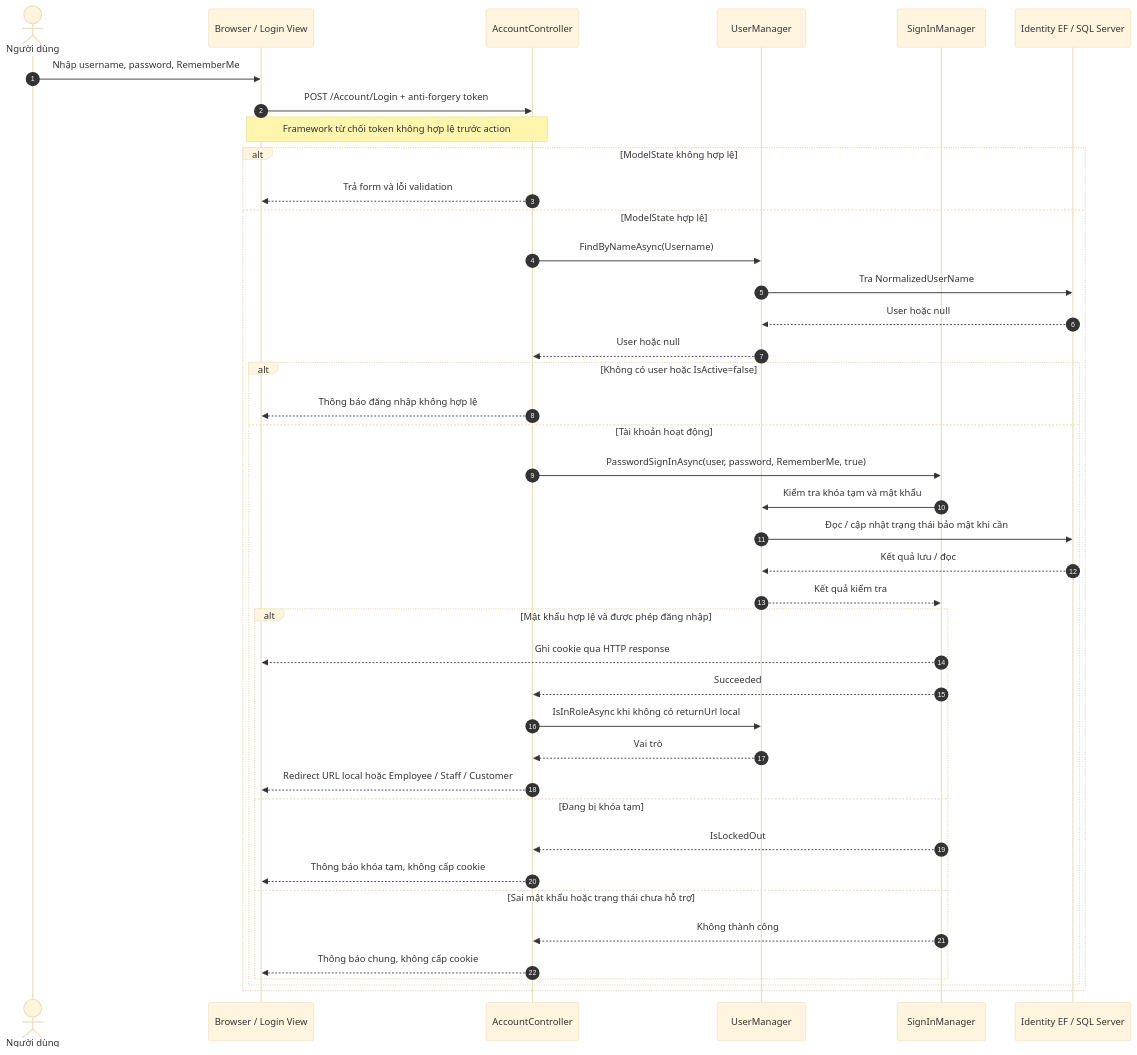
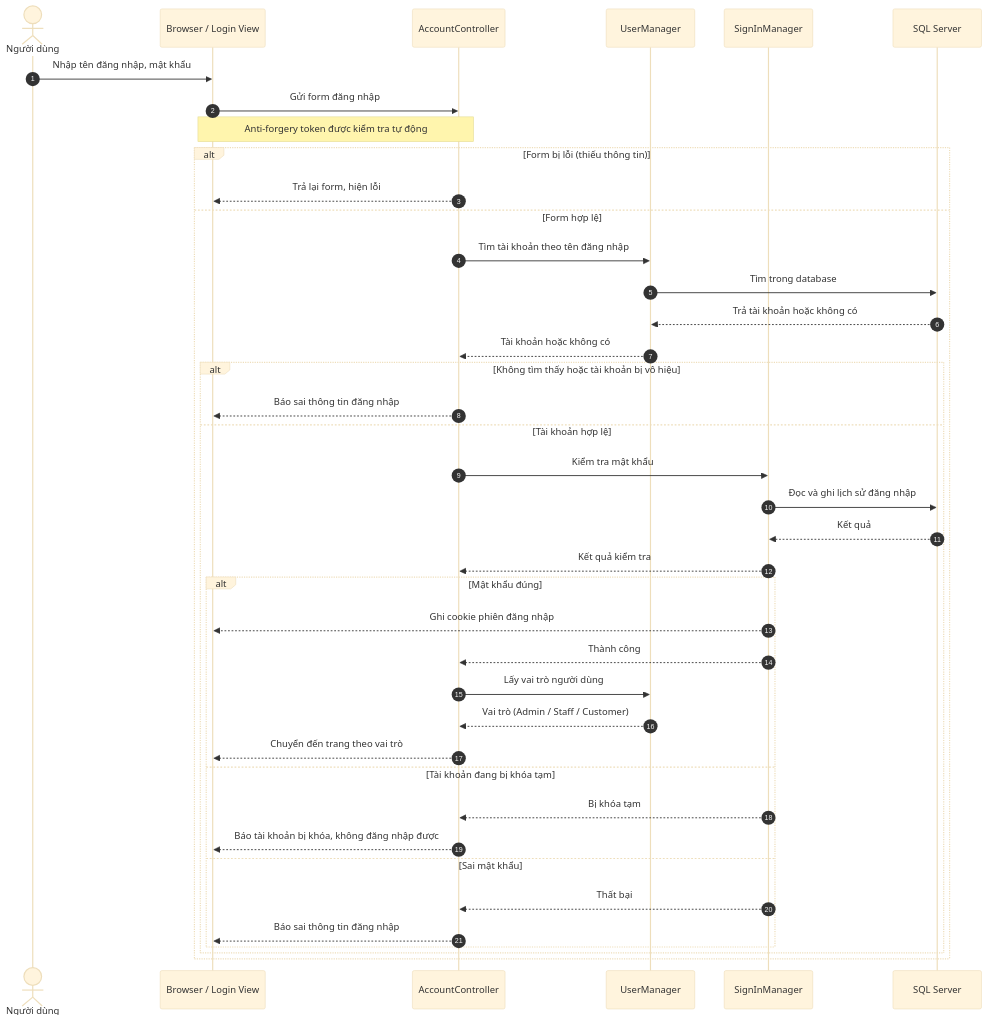
Before and after one commit to HE176671/billiard-management-system: the diagram in docs/sds-hung/05-login.mmd, drawn with Mermaid (base theme). The commit also changed 2 other files, not shown here.

Commit message:
docs: simplify sequence diagram labels for readability

```diff
--- a/docs/sds-hung/05-login.mmd
+++ b/docs/sds-hung/05-login.mmd
@@ -1,41 +1,44 @@
 sequenceDiagram
     autonumber
     actor U as Người dùng
     participant B as Browser / Login View
     participant C as AccountController
     participant UM as UserManager
     participant SM as SignInManager
-    participant DB as Identity EF / SQL Server
-    U->>B: Nhập username, password, RememberMe
-    B->>C: POST /Account/Login + anti-forgery token
-    Note over B,C: Framework từ chối token không hợp lệ trước action
-    alt ModelState không hợp lệ
-        C-->>B: Trả form và lỗi validation
-    else ModelState hợp lệ
-        C->>UM: FindByNameAsync(Username)
-        UM->>DB: Tra NormalizedUserName
-        DB-->>UM: User hoặc null
-        UM-->>C: User hoặc null
-        alt Không có user hoặc IsActive=false
-            C-->>B: Thông báo đăng nhập không hợp lệ
-        else Tài khoản hoạt động
-            C->>SM: PasswordSignInAsync(user, password, RememberMe, true)
-            SM->>UM: Kiểm tra khóa tạm và mật khẩu
-            UM->>DB: Đọc / cập nhật trạng thái bảo mật khi cần
-            DB-->>UM: Kết quả lưu / đọc
-            UM-->>SM: Kết quả kiểm tra
-            alt Mật khẩu hợp lệ và được phép đăng nhập
-                SM-->>B: Ghi cookie qua HTTP response
-                SM-->>C: Succeeded
-                C->>UM: IsInRoleAsync khi không có returnUrl local
-                UM-->>C: Vai trò
-                C-->>B: Redirect URL local hoặc Employee / Staff / Customer
-            else Đang bị khóa tạm
-                SM-->>C: IsLockedOut
-                C-->>B: Thông báo khóa tạm, không cấp cookie
-            else Sai mật khẩu hoặc trạng thái chưa hỗ trợ
-                SM-->>C: Không thành công
-                C-->>B: Thông báo chung, không cấp cookie
+    participant DB as SQL Server
+
+    U->>B: Nhập tên đăng nhập, mật khẩu
+    B->>C: Gửi form đăng nhập
+    Note over B,C: Anti-forgery token được kiểm tra tự động
+
+    alt Form bị lỗi (thiếu thông tin)
+        C-->>B: Trả lại form, hiện lỗi
+    else Form hợp lệ
+        C->>UM: Tìm tài khoản theo tên đăng nhập
+        UM->>DB: Tìm trong database
+        DB-->>UM: Trả tài khoản hoặc không có
+        UM-->>C: Tài khoản hoặc không có
+
+        alt Không tìm thấy hoặc tài khoản bị vô hiệu
+            C-->>B: Báo sai thông tin đăng nhập
+        else Tài khoản hợp lệ
+            C->>SM: Kiểm tra mật khẩu
+            SM->>DB: Đọc và ghi lịch sử đăng nhập
+            DB-->>SM: Kết quả
+            SM-->>C: Kết quả kiểm tra
+
+            alt Mật khẩu đúng
+                SM-->>B: Ghi cookie phiên đăng nhập
+                SM-->>C: Thành công
+                C->>UM: Lấy vai trò người dùng
+                UM-->>C: Vai trò (Admin / Staff / Customer)
+                C-->>B: Chuyển đến trang theo vai trò
+            else Tài khoản đang bị khóa tạm
+                SM-->>C: Bị khóa tạm
+                C-->>B: Báo tài khoản bị khóa, không đăng nhập được
+            else Sai mật khẩu
+                SM-->>C: Thất bại
+                C-->>B: Báo sai thông tin đăng nhập
             end
         end
     end
```
